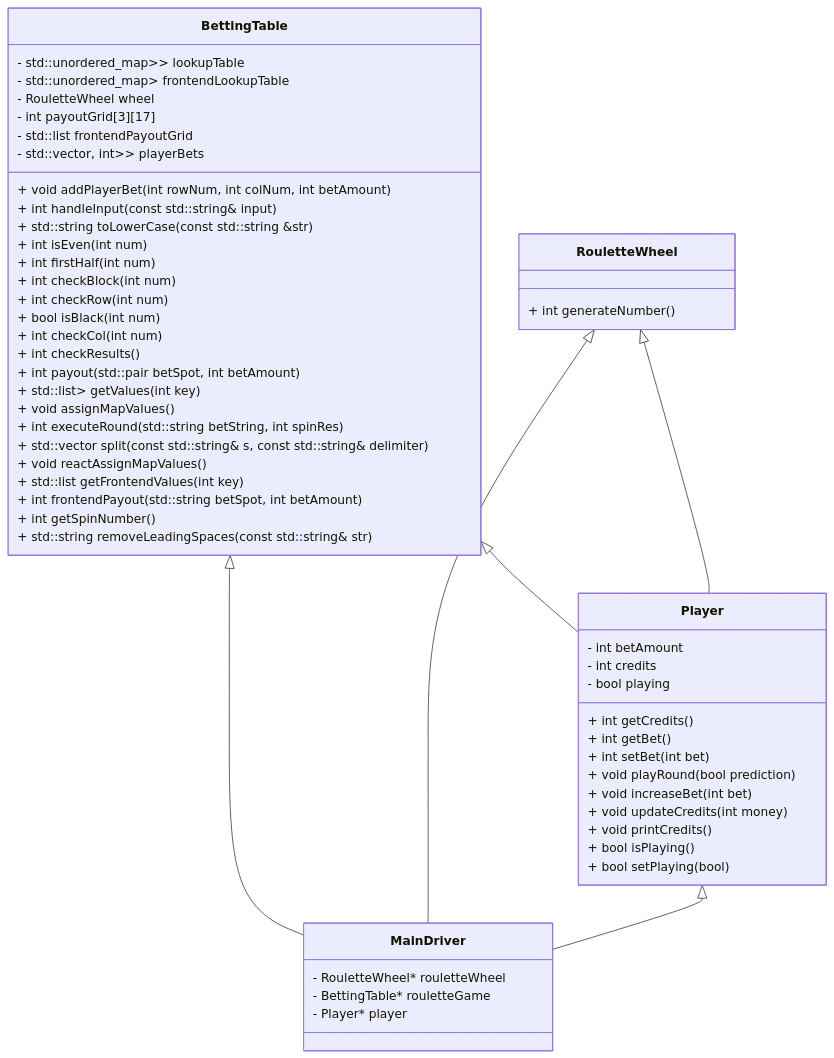
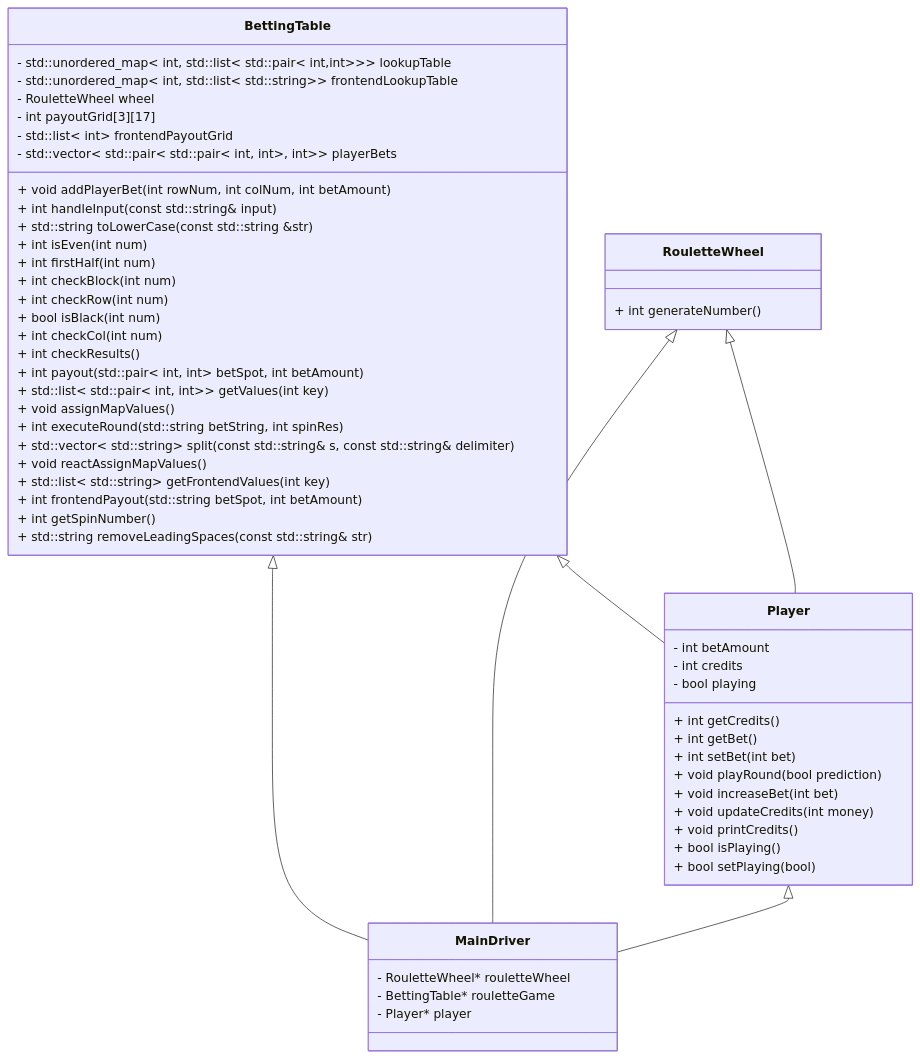
One commit to tnhi26990/casino_games changed the second of 3 diagrams in DesignDocs.md. Above: the diagram before and after it, drawn with Mermaid. The commit also changed other lines of this file, not shown here.

Commit message:
Removed some unused methods

````diff
--- a/DesignDocs.md
+++ b/DesignDocs.md
@@ -59,63 +57,63 @@
 ```mermaid
 classDiagram
     BettingTable <|-- MainDriver 
     RouletteWheel <|-- MainDriver
     Player <|-- MainDriver
     BettingTable <|-- Player
     RouletteWheel <|-- Player
 
     class MainDriver {
         - RouletteWheel* rouletteWheel
         - BettingTable* rouletteGame 
         - Player* player
     }
 
     class Player {
         - int betAmount
         - int credits
         - bool playing
         + int getCredits()
         + int getBet()
         + int setBet(int bet)
         + void playRound(bool prediction)
         + void increaseBet(int bet)
         + void updateCredits(int money)
         + void printCredits()
         + bool isPlaying()
         + bool setPlaying(bool)
     }
 
     class BettingTable {
-        - std::unordered_map<int, std::list<std::pair<int,int>>> lookupTable
-        - std::unordered_map<int, std::list<std::string>> frontendLookupTable
+        - std::unordered_map< int, std::list< std::pair< int,int>>> lookupTable
+        - std::unordered_map< int, std::list< std::string>> frontendLookupTable
         - RouletteWheel wheel
         - int payoutGrid[3][17]
-        - std::list<int> frontendPayoutGrid
-        - std::vector<std::pair<std::pair<int, int>, int>> playerBets
+        - std::list< int> frontendPayoutGrid
+        - std::vector< std::pair< std::pair< int, int>, int>> playerBets
         + void addPlayerBet(int rowNum, int colNum, int betAmount)
         + int handleInput(const std::string& input)
         + std::string toLowerCase(const std::string &str)
         + int isEven(int num)
         + int firstHalf(int num)
         + int checkBlock(int num)
         + int checkRow(int num)
         + bool isBlack(int num)
         + int checkCol(int num)
         + int checkResults()
-        + int payout(std::pair<int, int> betSpot, int betAmount)
-        + std::list<std::pair<int, int>> getValues(int key)
+        + int payout(std::pair< int, int> betSpot, int betAmount)
+        + std::list< std::pair< int, int>> getValues(int key)
         + void assignMapValues()
         + int executeRound(std::string betString, int spinRes)
-        + std::vector<std::string> split(const std::string& s, const std::string& delimiter)
+        + std::vector< std::string> split(const std::string& s, const std::string& delimiter)
         + void reactAssignMapValues()
-        + std::list<std::string > getFrontendValues(int key)
+        + std::list< std::string> getFrontendValues(int key)
         + int frontendPayout(std::string betSpot, int betAmount)
         + int getSpinNumber()
         + std::string removeLeadingSpaces(const std::string& str)
     }
 
     class RouletteWheel {
         + int generateNumber()
     }
 
 ```
````
